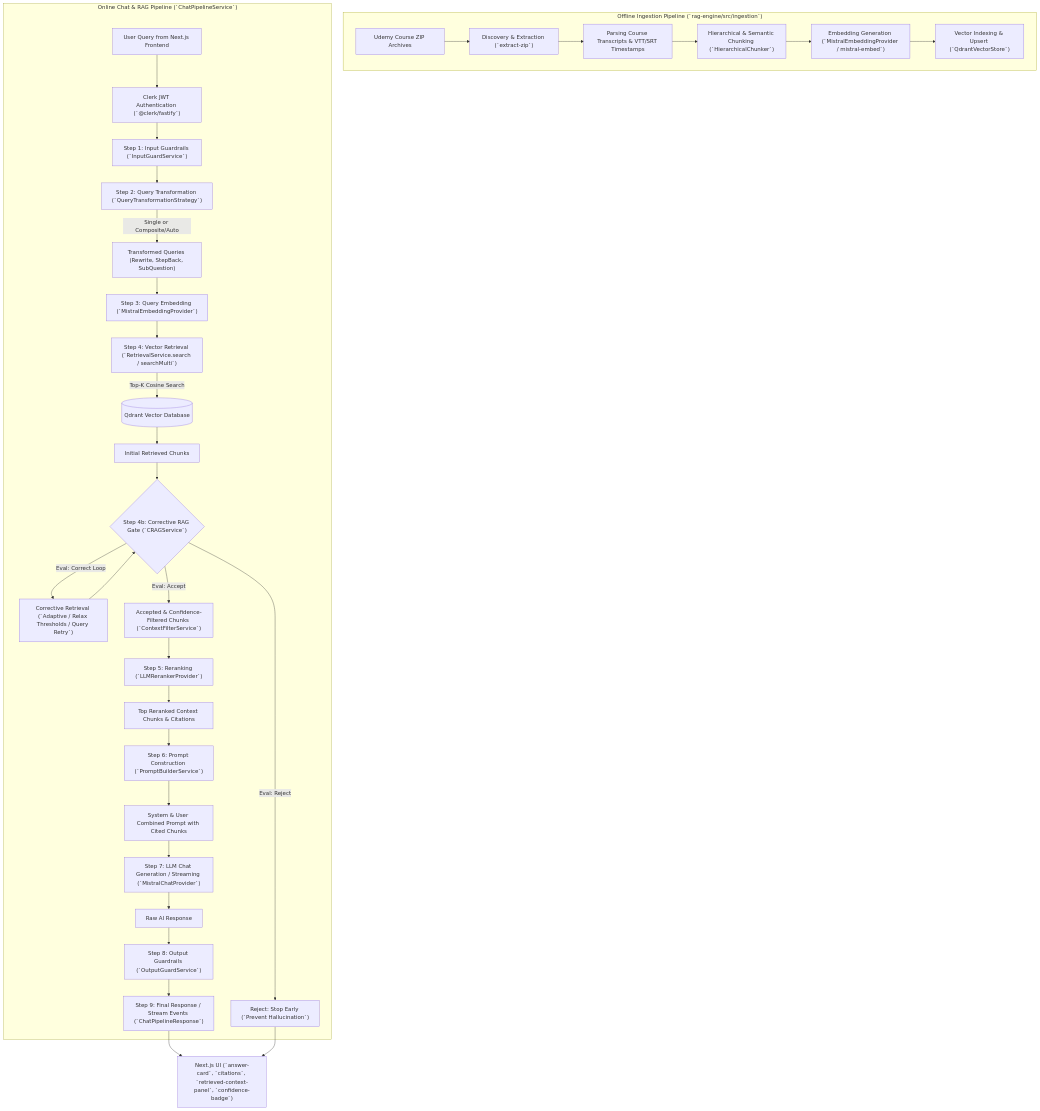
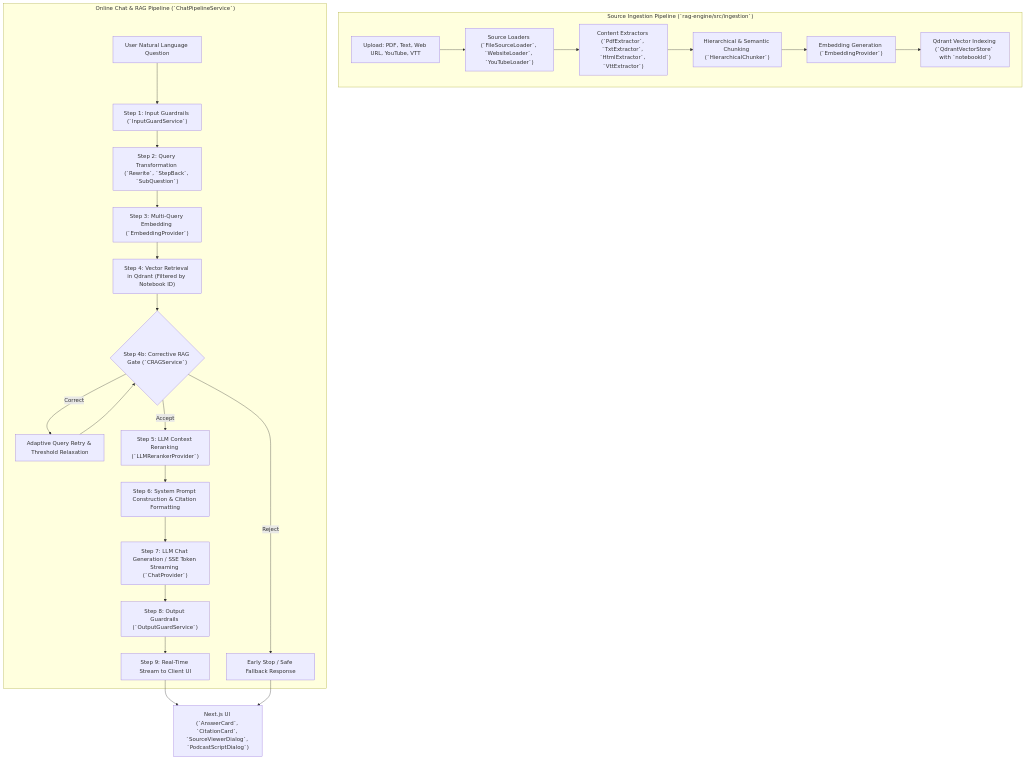
Before and after one commit to nikhild64/udemy-bot-rag-advanced: the diagram in README.md, drawn with Mermaid. The commit also changed other lines of this file and 4 other files, not shown here.

Commit message:
feat: hardened input guardrails

````diff
--- a/README.md
+++ b/README.md
@@ -50,44 +90,31 @@
 ```mermaid
 graph TB
-    subgraph Offline["Offline Ingestion Pipeline (`rag-engine/src/ingestion`)"]
-        ZIP["Udemy Course ZIP Archives"] --> Disc["Discovery & Extraction (`extract-zip`)"]
-        Disc --> Parse["Parsing Course Transcripts & VTT/SRT Timestamps"]
-        Parse --> Chunk["Hierarchical & Semantic Chunking (`HierarchicalChunker`)"]
-        Chunk --> EmbedGen["Embedding Generation (`MistralEmbeddingProvider / mistral-embed`)"]
-        EmbedGen --> Index["Vector Indexing & Upsert (`QdrantVectorStore`)"]
+    subgraph Ingestion["Source Ingestion Pipeline (`rag-engine/src/ingestion`)"]
+        Sources["Upload: PDF, Text, Web URL, YouTube, VTT"] --> Loaders["Source Loaders (`FileSourceLoader`, `WebsiteLoader`, `YouTubeLoader`)"]
+        Loaders --> Extractors["Content Extractors (`PdfExtractor`, `TxtExtractor`, `HtmlExtractor`, `VttExtractor`)"]
+        Extractors --> Chunking["Hierarchical & Semantic Chunking (`HierarchicalChunker`)"]
+        Chunking --> EmbedGen["Embedding Generation (`EmbeddingProvider`)"]
+        EmbedGen --> Indexing["Qdrant Vector Indexing (`QdrantVectorStore` with `notebookId`)"]
     end
 
-    subgraph Online["Online Chat & RAG Pipeline (`ChatPipelineService`)"]
-        UserQuery["User Query from Next.js Frontend"] --> Auth["Clerk JWT Authentication (`@clerk/fastify`)"]
-        Auth --> InGuard["Step 1: Input Guardrails (`InputGuardService`)"]
+    subgraph ChatPipeline["Online Chat & RAG Pipeline (`ChatPipelineService`)"]
+        UserQuery["User Natural Language Question"] --> InGuard["Step 1: Input Guardrails (`InputGuardService`)"]
+        InGuard --> QTrans["Step 2: Query Transformation (`Rewrite`, `StepBack`, `SubQuestion`)"]
+        QTrans --> EmbedQuery["Step 3: Multi-Query Embedding (`EmbeddingProvider`)"]
+        EmbedQuery --> VecSearch["Step 4: Vector Retrieval in Qdrant (Filtered by Notebook ID)"]
         
-        InGuard --> QTrans["Step 2: Query Transformation (`QueryTransformationStrategy`)"]
-        QTrans -->|Single or Composite/Auto| TransQueries["Transformed Queries (Rewrite, StepBack, SubQuestion)"]
+        VecSearch --> CRAGCheck{"Step 4b: Corrective RAG Gate (`CRAGService`)"}
+        CRAGCheck -->|Reject| EarlyReject["Early Stop / Safe Fallback Response"]
+        CRAGCheck -->|Correct| AdaptiveLoop["Adaptive Query Retry & Threshold Relaxation"]
+        AdaptiveLoop --> CRAGCheck
+        CRAGCheck -->|Accept| Rerank["Step 5: LLM Context Reranking (`LLMRerankerProvider`)"]
         
-        TransQueries --> EmbedQuery["Step 3: Query Embedding (`MistralEmbeddingProvider`)"]
-        EmbedQuery --> VecSearch["Step 4: Vector Retrieval (`RetrievalService.search / searchMulti`)"]
-        VecSearch -->|Top-K Cosine Search| QdrantDB[("Qdrant Vector Database")]
-        QdrantDB --> RetrievedChunks["Initial Retrieved Chunks"]
-        
-        RetrievedChunks --> CRAGCheck{"Step 4b: Corrective RAG Gate (`CRAGService`)"}
-        CRAGCheck -->|Eval: Reject| EarlyReject["Reject: Stop Early (`Prevent Hallucination`)"]
-        CRAGCheck -->|Eval: Correct Loop| CorrectiveLoop["Corrective Retrieval (`Adaptive / Relax Thresholds / Query Retry`)"]
-        CorrectiveLoop --> CRAGCheck
-        CRAGCheck -->|Eval: Accept| FilterChunks["Accepted & Confidence-Filtered Chunks (`ContextFilterService`)"]
-        
-        FilterChunks --> Rerank["Step 5: Reranking (`LLMRerankerProvider`)"]
-        Rerank --> TopChunks["Top Reranked Context Chunks & Citations"]
-        
-        TopChunks --> PromptBuild["Step 6: Prompt Construction (`PromptBuilderService`)"]
-        PromptBuild --> SystemPrompt["System & User Combined Prompt with Cited Chunks"]
-        
-        SystemPrompt --> ChatGen["Step 7: LLM Chat Generation / Streaming (`MistralChatProvider`)"]
-        ChatGen --> RawAnswer["Raw AI Response"]
-        
-        RawAnswer --> OutGuard["Step 8: Output Guardrails (`OutputGuardService`)"]
-        OutGuard --> FinalResponse["Step 9: Final Response / Stream Events (`ChatPipelineResponse`)"]
+        Rerank --> PromptBuild["Step 6: System Prompt Construction & Citation Formatting"]
+        PromptBuild --> LLMGen["Step 7: LLM Chat Generation / SSE Token Streaming (`ChatProvider`)"]
+        LLMGen --> OutGuard["Step 8: Output Guardrails (`OutputGuardService`)"]
+        OutGuard --> SSEStream["Step 9: Real-Time Stream to Client UI"]
     end
 
-    FinalResponse --> UI["Next.js UI (`answer-card`, `citations`, `retrieved-context-panel`, `confidence-badge`)"]
+    SSEStream --> UI["Next.js UI (`AnswerCard`, `CitationCard`, `SourceViewerDialog`, `PodcastScriptDialog`)"]
     EarlyReject --> UI
 ```
````
